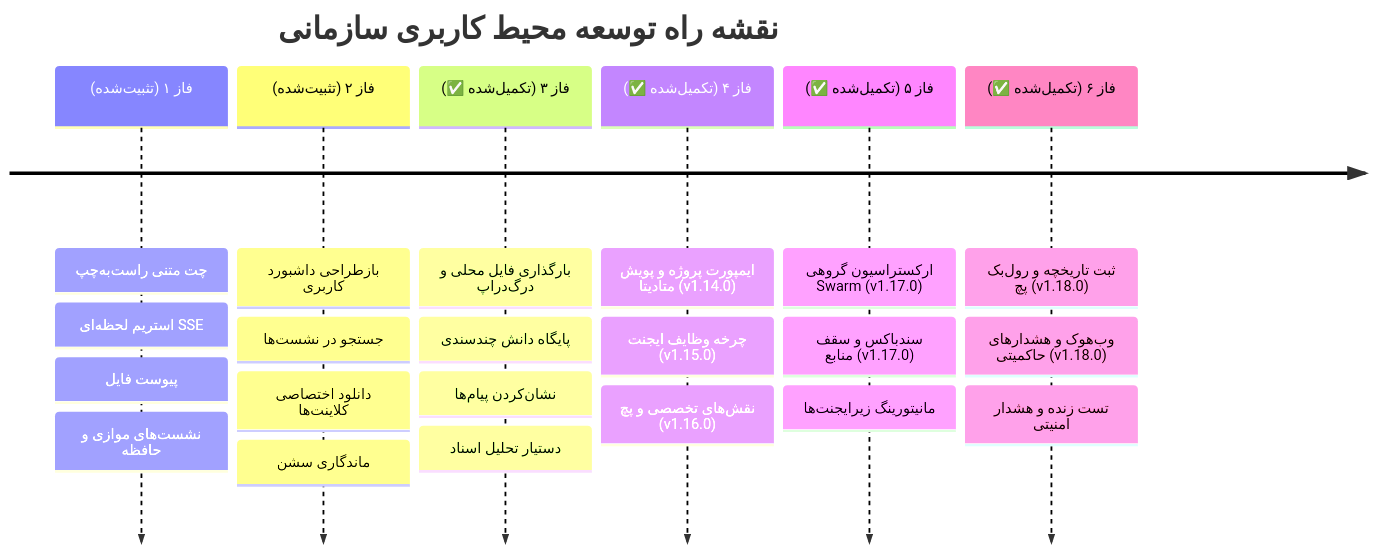
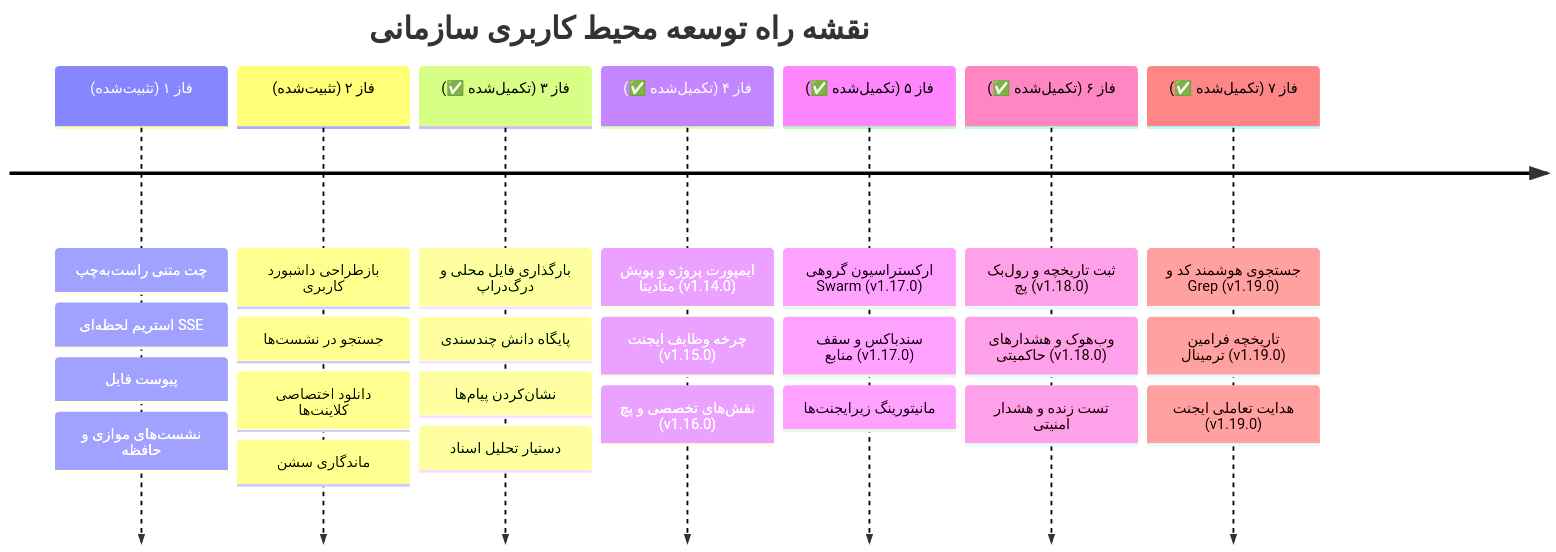
One commit to RedBoy-011/OmniOps changed the third of 3 diagrams in ROADMAP_DUAL_PLANE.fa.md. Above: the diagram before and after it, drawn with Mermaid. The commit also changed other lines of this file and 8 other files, not shown here.

````diff
--- a/ROADMAP_DUAL_PLANE.fa.md
+++ b/ROADMAP_DUAL_PLANE.fa.md
@@ -108,10 +108,11 @@
 ```mermaid
 timeline
     title نقشه راه توسعه محیط کاربری سازمانی
     فاز ۱ (تثبیت‌شده) : چت متنی راست‌به‌چپ : استریم لحظه‌ای SSE : پیوست فایل : نشست‌های موازی و حافظه
     فاز ۲ (تثبیت‌شده) : بازطراحی داشبورد کاربری : جستجو در نشست‌ها : دانلود اختصاصی کلاینت‌ها : ماندگاری سشن
     فاز ۳ (تکمیل‌شده ✅) : بارگذاری فایل محلی و درگ‌دراپ : پایگاه دانش چندسندی : نشان‌کردن پیام‌ها : دستیار تحلیل اسناد
     فاز ۴ (تکمیل‌شده ✅) : ایمپورت پروژه و پویش متادیتا (v1.14.0) : چرخه وظایف ایجنت (v1.15.0) : نقش‌های تخصصی و پچ (v1.16.0)
     فاز ۵ (تکمیل‌شده ✅) : ارکستراسیون گروهی Swarm (v1.17.0) : سندباکس و سقف منابع (v1.17.0) : مانیتورینگ زیرایجنت‌ها
     فاز ۶ (تکمیل‌شده ✅) : ثبت تاریخچه و رول‌بک پچ (v1.18.0) : وب‌هوک و هشدارهای حاکمیتی (v1.18.0) : تست زنده و هشدار امنیتی
+    فاز ۷ (تکمیل‌شده ✅) : جستجوی هوشمند کد و Grep (v1.19.0) : تاریخچه فرامین ترمینال (v1.19.0) : هدایت تعاملی ایجنت (v1.19.0)
 ```
````
